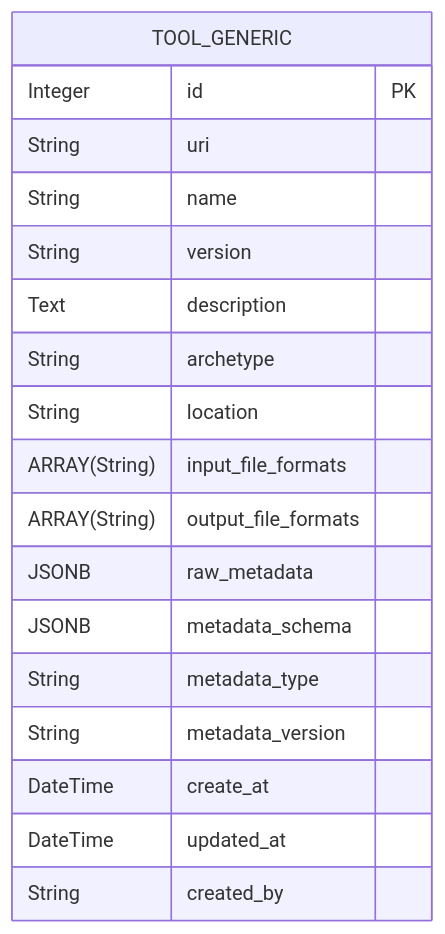
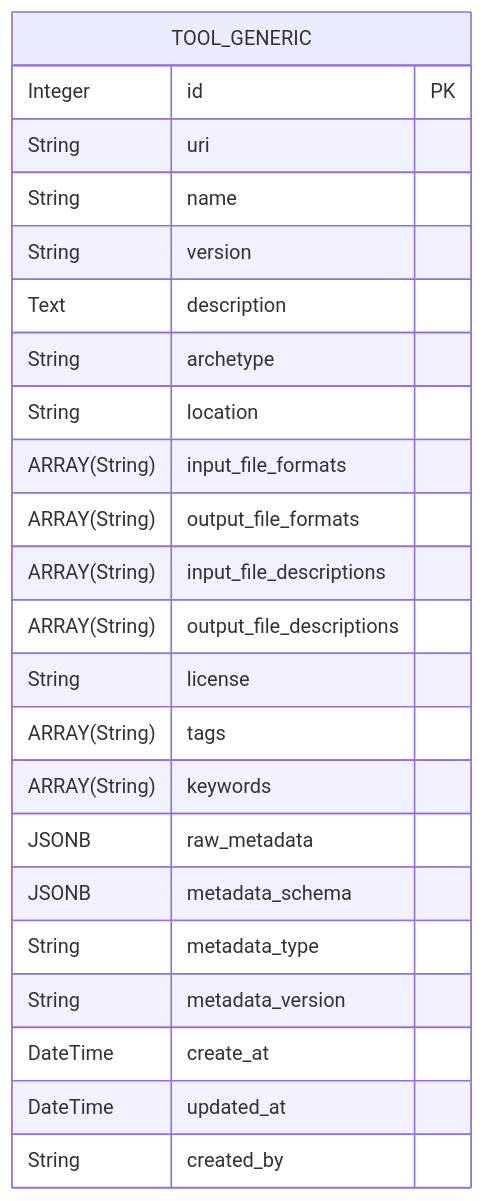
One commit to EOSC-Data-Commons/toolmeta-models changed the diagram in README.md. Above: the diagram before and after it, drawn with Mermaid.

Commit message:
Added new fields to erDiagram schema for input and output file descriptions, license, tags, and keywords.

````diff
--- a/README.md
+++ b/README.md
@@ -7,21 +7,26 @@
 ```mermaid
 erDiagram
   TOOL_GENERIC {
     Integer id PK
     String uri
     String name
     String version
     Text description
     String archetype
     String location
     ARRAY(String) input_file_formats
     ARRAY(String) output_file_formats
+    ARRAY(String) input_file_descriptions
+    ARRAY(String) output_file_descriptions
+    String license
+    ARRAY(String) tags
+    ARRAY(String) keywords
     JSONB raw_metadata
     JSONB metadata_schema
     String metadata_type
     String metadata_version
     DateTime create_at
     DateTime updated_at
     String created_by
   }
 ```
````
